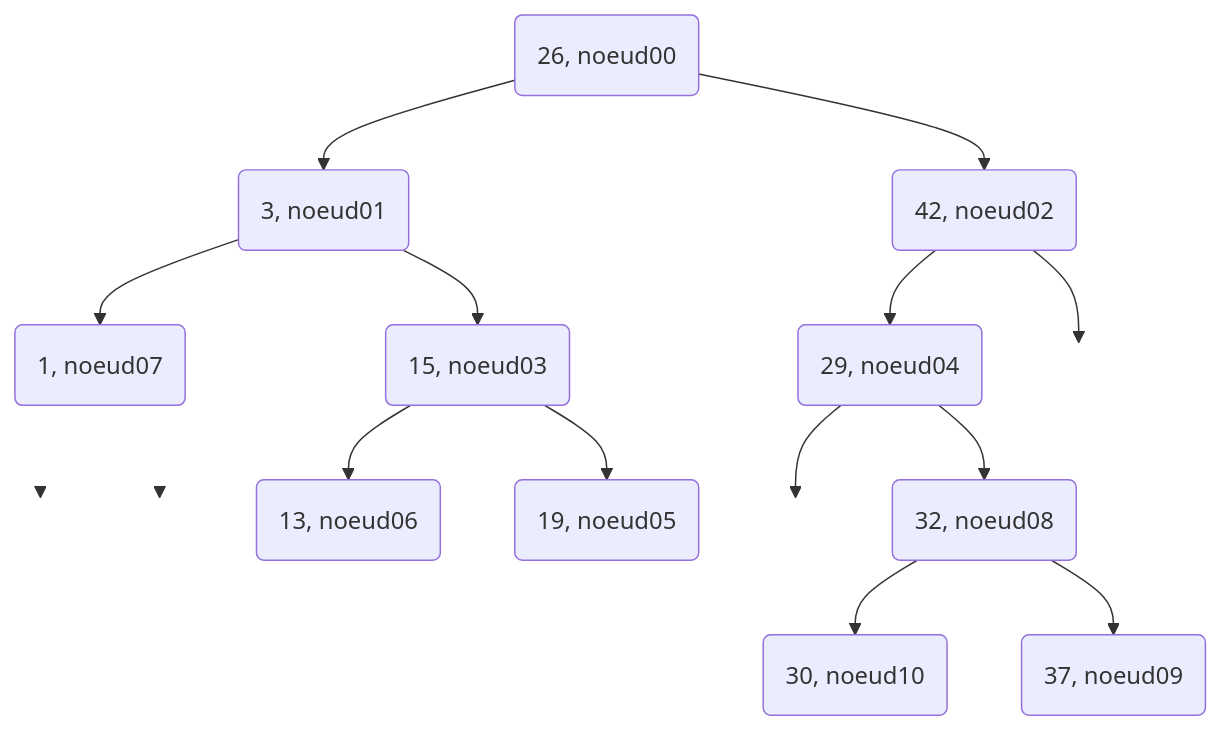
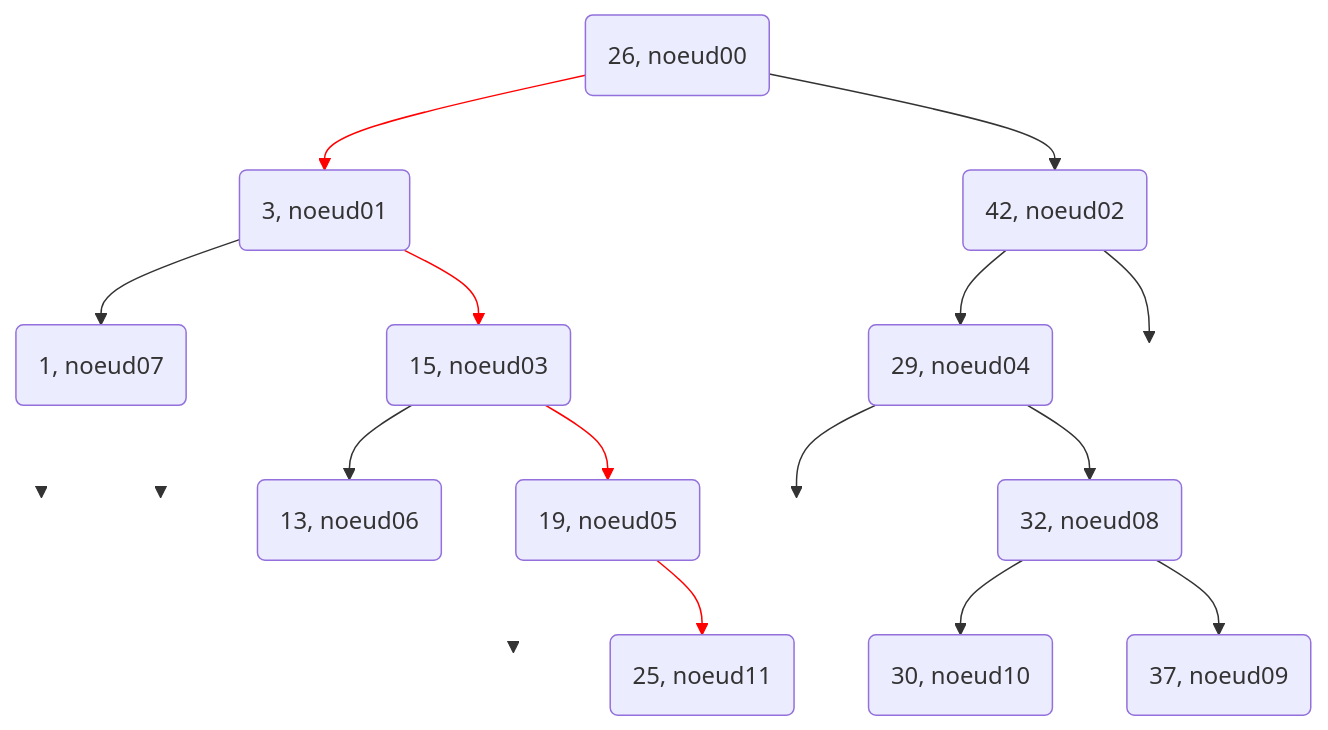
Before and after one commit to nsimeyroneinc/NSITerm2024: the second of 2 diagrams in docs/StructureDonnees/test.md, drawn with Mermaid. The commit also changed other lines of this file and 3 other files, not shown here.

````diff
--- a/docs/StructureDonnees/test.md
+++ b/docs/StructureDonnees/test.md
@@ -2,23 +15,31 @@
 ```mermaid
 graph TD
     A("26, noeud00") --> B("3, noeud01") 
     B --> D("1, noeud07")
     B --> E("15, noeud03")
     A --> C("42, noeud02")
     C --> F("29, noeud04")
     C --> G(" ")
     D --> H(" ")
     D --> D1(" " )
     E --> E1("13, noeud06")
     E --> E2("19, noeud05")
     F --> F1(" ")
     F --> M("32, noeud08")
     M --> G1("30, noeud10")
     M --> G2("37, noeud09")
+    E2 --> O(" ")
+    E2 --> P("25, noeud11")
     style G opacity:0;
     linkStyle 6 stroke-width:0px;
     style H opacity:0;
     linkStyle 7 stroke-width:0px;
     style D1 opacity:0;
     style F1 opacity:0;
+    linkStyle 14 stroke-width:0px;
+    style O opacity:0;
+    linkStyle 0 stroke:red;
+    linkStyle 2 stroke:red;
+    linkStyle 9 stroke:red;
+    linkStyle 15 stroke:red;
 ```
````
